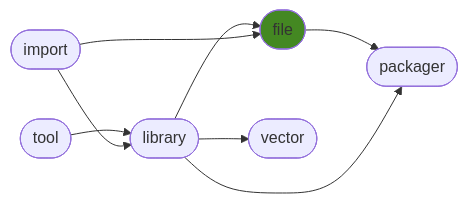
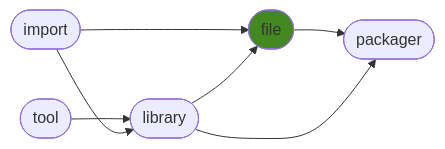
The diagram in README.md (ManderaGeneral/generalfile), drawn with Mermaid before and after one commit. The commit also changed other lines of this file and 1 other file, not shown here.

Commit message:
[CI AUTO] Sync triggered by generalpackager

````diff
--- a/README.md
+++ b/README.md
@@ -24,17 +24,15 @@
 ```mermaid
 flowchart LR
-2([library]) --> 4([vector])
+0([import]) --> 3([file])
+3([file]) --> 4([packager])
 1([tool]) --> 2([library])
-3([file]) --> 5([packager])
+0([import]) --> 2([library])
+2([library]) --> 4([packager])
 2([library]) --> 3([file])
-0([import]) --> 2([library])
-0([import]) --> 3([file])
-2([library]) --> 5([packager])
 click 0 "https://github.com/ManderaGeneral/generalimport"
 click 1 "https://github.com/ManderaGeneral/generaltool"
 click 2 "https://github.com/ManderaGeneral/generallibrary"
 click 3 "https://github.com/ManderaGeneral/generalfile"
-click 4 "https://github.com/ManderaGeneral/generalvector"
-click 5 "https://github.com/ManderaGeneral/generalpackager"
+click 4 "https://github.com/ManderaGeneral/generalpackager"
 style 3 fill:#482
 ```
````
